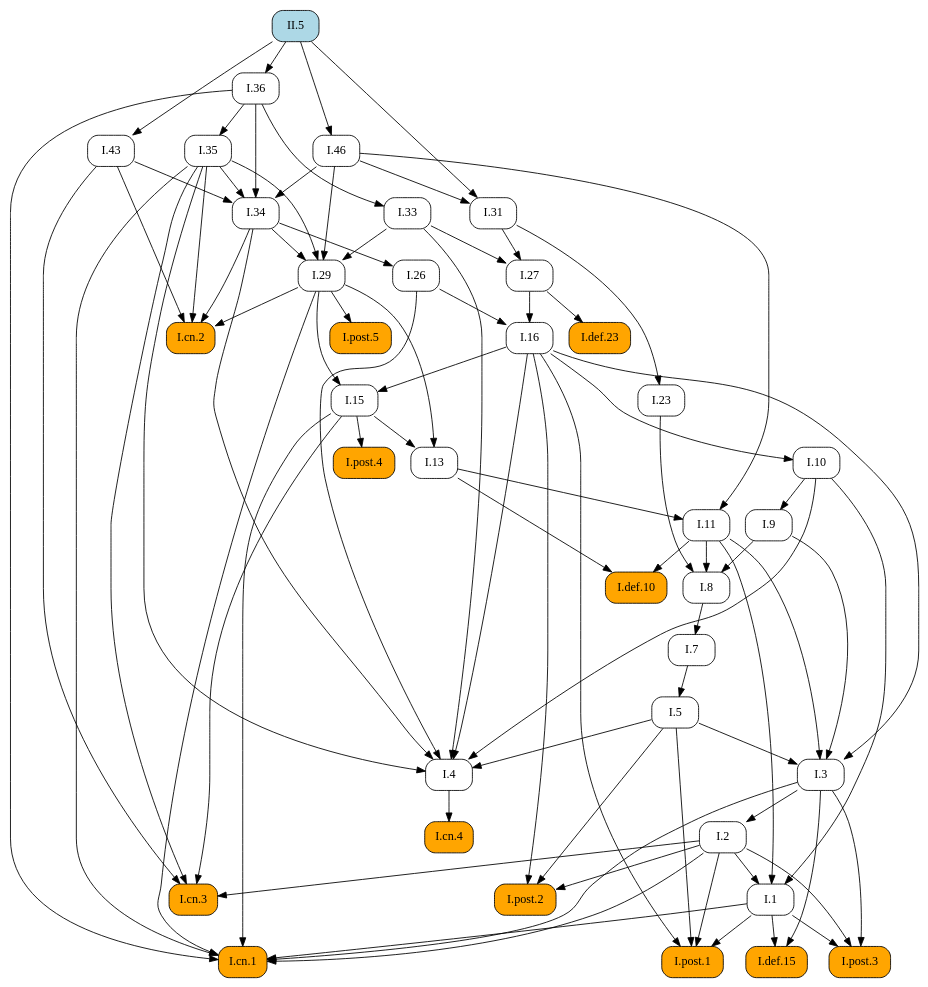
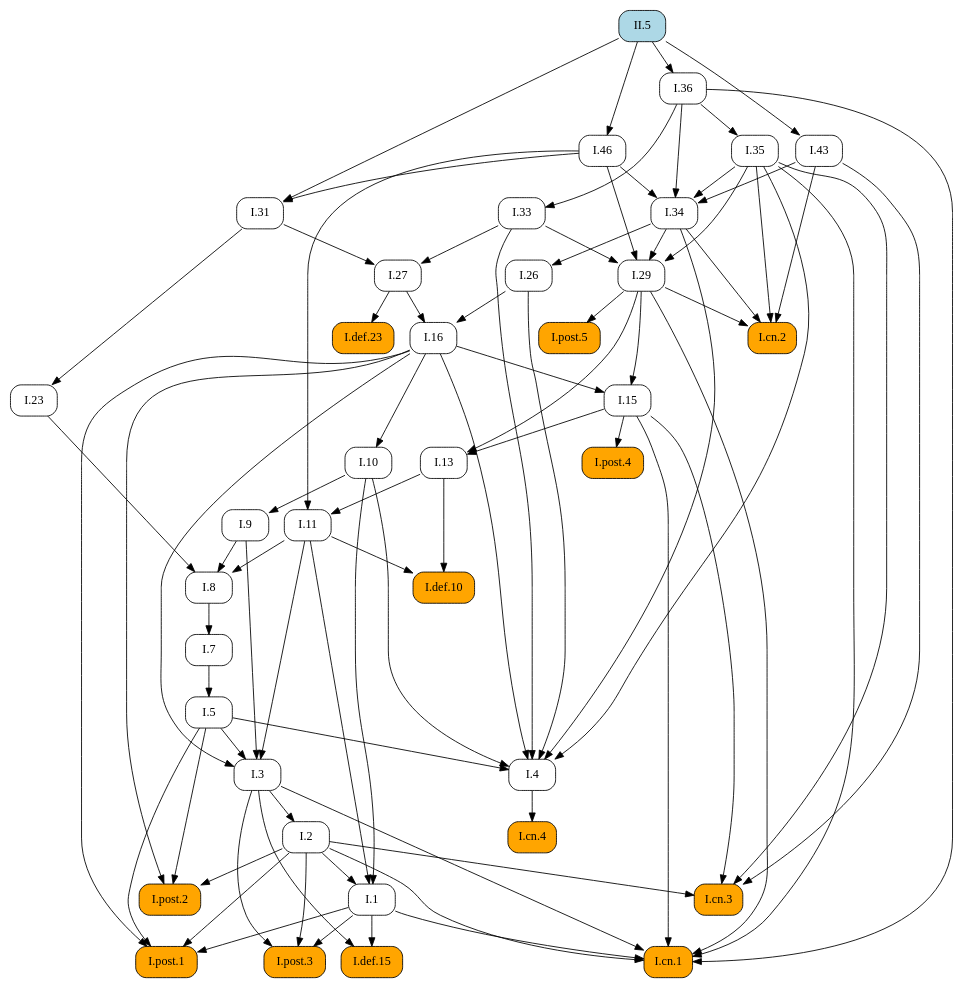
Before and after one commit to geometor/elements: the diagram in docsrc/heath/II/5/index.rst, drawn with Graphviz. The commit also changed other lines of this file and 484 other files, not shown here.

```diff
--- a/docsrc/heath/II/5/index.rst
+++ b/docsrc/heath/II/5/index.rst
@@ -82,88 +82,62 @@
    digraph {
      rankdir="TB";
      node [shape=box, style=rounded];
-     "I.def.10" [style="rounded,filled", fillcolor=orange, URL="/heath/I/def.10/", target="_top"];
-     "I.11" [URL="/heath/I/11/", target="_top"];
-     "I.post.4" [style="rounded,filled", fillcolor=orange, URL="/heath/I/post.4/", target="_top"];
-     "I.1" [URL="/heath/I/1/", target="_top"];
-     "I.26" [URL="/heath/I/26/", target="_top"];
-     "I.29" [URL="/heath/I/29/", target="_top"];
-     "I.cn.2" [style="rounded,filled", fillcolor=orange, URL="/heath/I/cn.2/", target="_top"];
+     "I.23" [URL="/heath/I/23/", target="_top"];
+     "I.9" [URL="/heath/I/9/", target="_top"];
+     "I.33" [URL="/heath/I/33/", target="_top"];
      "I.def.15" [style="rounded,filled", fillcolor=orange, URL="/heath/I/def.15/", target="_top"];
      "I.post.3" [style="rounded,filled", fillcolor=orange, URL="/heath/I/post.3/", target="_top"];
+     "I.post.1" [style="rounded,filled", fillcolor=orange, URL="/heath/I/post.1/", target="_top"];
+     "I.43" [URL="/heath/I/43/", target="_top"];
      "II.5" [style="rounded,filled", fillcolor=lightblue, URL="/heath/II/5/", target="_top"];
-     "I.cn.1" [style="rounded,filled", fillcolor=orange, URL="/heath/I/cn.1/", target="_top"];
-     "I.cn.3" [style="rounded,filled", fillcolor=orange, URL="/heath/I/cn.3/", target="_top"];
-     "I.23" [URL="/heath/I/23/", target="_top"];
-     "I.43" [URL="/heath/I/43/", target="_top"];
-     "I.post.1" [style="rounded,filled", fillcolor=orange, URL="/heath/I/post.1/", target="_top"];
-     "I.35" [URL="/heath/I/35/", target="_top"];
-     "I.36" [URL="/heath/I/36/", target="_top"];
+     "I.31" [URL="/heath/I/31/", target="_top"];
+     "I.def.10" [style="rounded,filled", fillcolor=orange, URL="/heath/I/def.10/", target="_top"];
      "I.27" [URL="/heath/I/27/", target="_top"];
-     "I.46" [URL="/heath/I/46/", target="_top"];
-     "I.7" [URL="/heath/I/7/", target="_top"];
      "I.34" [URL="/heath/I/34/", target="_top"];
      "I.3" [URL="/heath/I/3/", target="_top"];
+     "I.35" [URL="/heath/I/35/", target="_top"];
+     "I.cn.1" [style="rounded,filled", fillcolor=orange, URL="/heath/I/cn.1/", target="_top"];
+     "I.7" [URL="/heath/I/7/", target="_top"];
      "I.2" [URL="/heath/I/2/", target="_top"];
+     "I.36" [URL="/heath/I/36/", target="_top"];
+     "I.13" [URL="/heath/I/13/", target="_top"];
+     "I.post.4" [style="rounded,filled", fillcolor=orange, URL="/heath/I/post.4/", target="_top"];
+     "I.4" [URL="/heath/I/4/", target="_top"];
+     "I.1" [URL="/heath/I/1/", target="_top"];
+     "I.5" [URL="/heath/I/5/", target="_top"];
+     "I.8" [URL="/heath/I/8/", target="_top"];
+     "I.29" [URL="/heath/I/29/", target="_top"];
+     "I.cn.3" [style="rounded,filled", fillcolor=orange, URL="/heath/I/cn.3/", target="_top"];
+     "I.16" [URL="/heath/I/16/", target="_top"];
+     "I.15" [URL="/heath/I/15/", target="_top"];
+     "I.10" [URL="/heath/I/10/", target="_top"];
+     "I.11" [URL="/heath/I/11/", target="_top"];
      "I.def.23" [style="rounded,filled", fillcolor=orange, URL="/heath/I/def.23/", target="_top"];
-     "I.4" [URL="/heath/I/4/", target="_top"];
-     "I.13" [URL="/heath/I/13/", target="_top"];
-     "I.33" [URL="/heath/I/33/", target="_top"];
-     "I.31" [URL="/heath/I/31/", target="_top"];
+     "I.cn.2" [style="rounded,filled", fillcolor=orange, URL="/heath/I/cn.2/", target="_top"];
+     "I.post.5" [style="rounded,filled", fillcolor=orange, URL="/heath/I/post.5/", target="_top"];
+     "I.cn.4" [style="rounded,filled", fillcolor=orange, URL="/heath/I/cn.4/", target="_top"];
      "I.post.2" [style="rounded,filled", fillcolor=orange, URL="/heath/I/post.2/", target="_top"];
-     "I.16" [URL="/heath/I/16/", target="_top"];
-     "I.9" [URL="/heath/I/9/", target="_top"];
-     "I.8" [URL="/heath/I/8/", target="_top"];
-     "I.cn.4" [style="rounded,filled", fillcolor=orange, URL="/heath/I/cn.4/", target="_top"];
-     "I.15" [URL="/heath/I/15/", target="_top"];
-     "I.post.5" [style="rounded,filled", fillcolor=orange, URL="/heath/I/post.5/", target="_top"];
-     "I.10" [URL="/heath/I/10/", target="_top"];
-     "I.5" [URL="/heath/I/5/", target="_top"];
-     "I.11" -> "I.def.10";
-     "I.13" -> "I.def.10";
-     "I.13" -> "I.11";
-     "I.46" -> "I.11";
-     "I.15" -> "I.post.4";
-     "I.2" -> "I.1";
-     "I.10" -> "I.1";
-     "I.11" -> "I.1";
-     "I.34" -> "I.26";
-     "I.33" -> "I.29";
-     "I.34" -> "I.29";
-     "I.35" -> "I.29";
-     "I.46" -> "I.29";
-     "I.29" -> "I.cn.2";
-     "I.34" -> "I.cn.2";
-     "I.35" -> "I.cn.2";
-     "I.43" -> "I.cn.2";
+     "I.46" [URL="/heath/I/46/", target="_top"];
+     "I.26" [URL="/heath/I/26/", target="_top"];
+     "I.31" -> "I.23";
+     "I.10" -> "I.9";
+     "I.36" -> "I.33";
      "I.1" -> "I.def.15";
      "I.3" -> "I.def.15";
      "I.1" -> "I.post.3";
      "I.2" -> "I.post.3";
      "I.3" -> "I.post.3";
-     "I.1" -> "I.cn.1";
-     "I.2" -> "I.cn.1";
-     "I.3" -> "I.cn.1";
-     "I.15" -> "I.cn.1";
-     "I.29" -> "I.cn.1";
-     "I.35" -> "I.cn.1";
-     "I.36" -> "I.cn.1";
-     "I.2" -> "I.cn.3";
-     "I.15" -> "I.cn.3";
-     "I.35" -> "I.cn.3";
-     "I.43" -> "I.cn.3";
-     "I.31" -> "I.23";
-     "II.5" -> "I.43";
      "I.1" -> "I.post.1";
      "I.2" -> "I.post.1";
      "I.5" -> "I.post.1";
      "I.16" -> "I.post.1";
-     "I.36" -> "I.35";
-     "II.5" -> "I.36";
+     "II.5" -> "I.43";
+     "I.46" -> "I.31";
+     "II.5" -> "I.31";
+     "I.11" -> "I.def.10";
+     "I.13" -> "I.def.10";
      "I.31" -> "I.27";
      "I.33" -> "I.27";
-     "II.5" -> "I.46";
-     "I.8" -> "I.7";
      "I.35" -> "I.34";
      "I.36" -> "I.34";
      "I.43" -> "I.34";
@@ -172,8 +146,20 @@
      "I.9" -> "I.3";
      "I.11" -> "I.3";
      "I.16" -> "I.3";
+     "I.36" -> "I.35";
+     "I.1" -> "I.cn.1";
+     "I.2" -> "I.cn.1";
+     "I.3" -> "I.cn.1";
+     "I.15" -> "I.cn.1";
+     "I.29" -> "I.cn.1";
+     "I.35" -> "I.cn.1";
+     "I.36" -> "I.cn.1";
+     "I.8" -> "I.7";
      "I.3" -> "I.2";
-     "I.27" -> "I.def.23";
+     "II.5" -> "I.36";
+     "I.15" -> "I.13";
+     "I.29" -> "I.13";
+     "I.15" -> "I.post.4";
      "I.5" -> "I.4";
      "I.10" -> "I.4";
      "I.16" -> "I.4";
@@ -181,24 +167,38 @@
      "I.33" -> "I.4";
      "I.34" -> "I.4";
      "I.35" -> "I.4";
-     "I.15" -> "I.13";
-     "I.29" -> "I.13";
-     "I.36" -> "I.33";
-     "I.46" -> "I.31";
-     "II.5" -> "I.31";
+     "I.2" -> "I.1";
+     "I.10" -> "I.1";
+     "I.11" -> "I.1";
+     "I.7" -> "I.5";
+     "I.9" -> "I.8";
+     "I.11" -> "I.8";
+     "I.23" -> "I.8";
+     "I.33" -> "I.29";
+     "I.34" -> "I.29";
+     "I.35" -> "I.29";
+     "I.46" -> "I.29";
+     "I.2" -> "I.cn.3";
+     "I.15" -> "I.cn.3";
+     "I.35" -> "I.cn.3";
+     "I.43" -> "I.cn.3";
+     "I.26" -> "I.16";
+     "I.27" -> "I.16";
+     "I.16" -> "I.15";
+     "I.29" -> "I.15";
+     "I.16" -> "I.10";
+     "I.13" -> "I.11";
+     "I.46" -> "I.11";
+     "I.27" -> "I.def.23";
+     "I.29" -> "I.cn.2";
+     "I.34" -> "I.cn.2";
+     "I.35" -> "I.cn.2";
+     "I.43" -> "I.cn.2";
+     "I.29" -> "I.post.5";
+     "I.4" -> "I.cn.4";
      "I.2" -> "I.post.2";
      "I.5" -> "I.post.2";
      "I.16" -> "I.post.2";
-     "I.26" -> "I.16";
-     "I.27" -> "I.16";
-     "I.10" -> "I.9";
-     "I.9" -> "I.8";
-     "I.11" -> "I.8";
-     "I.23" -> "I.8";
-     "I.4" -> "I.cn.4";
-     "I.16" -> "I.15";
-     "I.29" -> "I.15";
-     "I.29" -> "I.post.5";
-     "I.16" -> "I.10";
-     "I.7" -> "I.5";
+     "II.5" -> "I.46";
+     "I.34" -> "I.26";
    }
```
